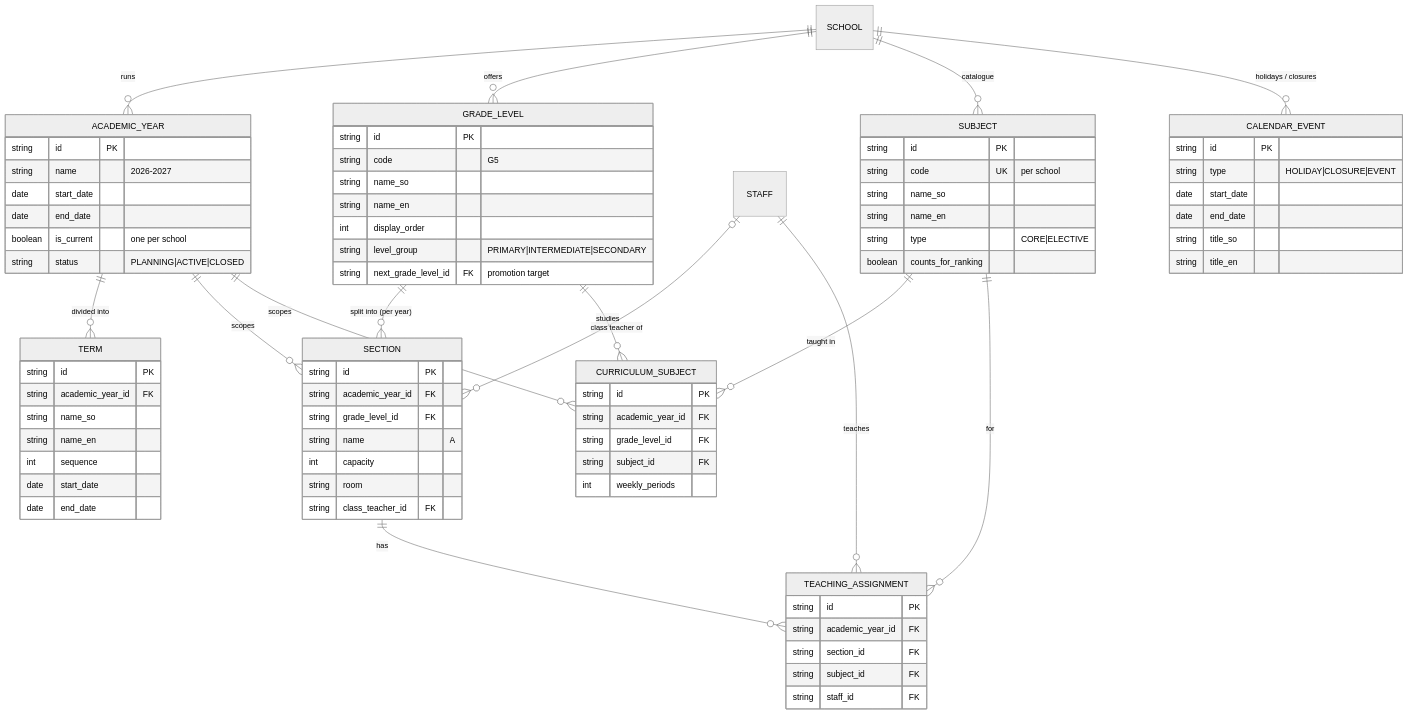
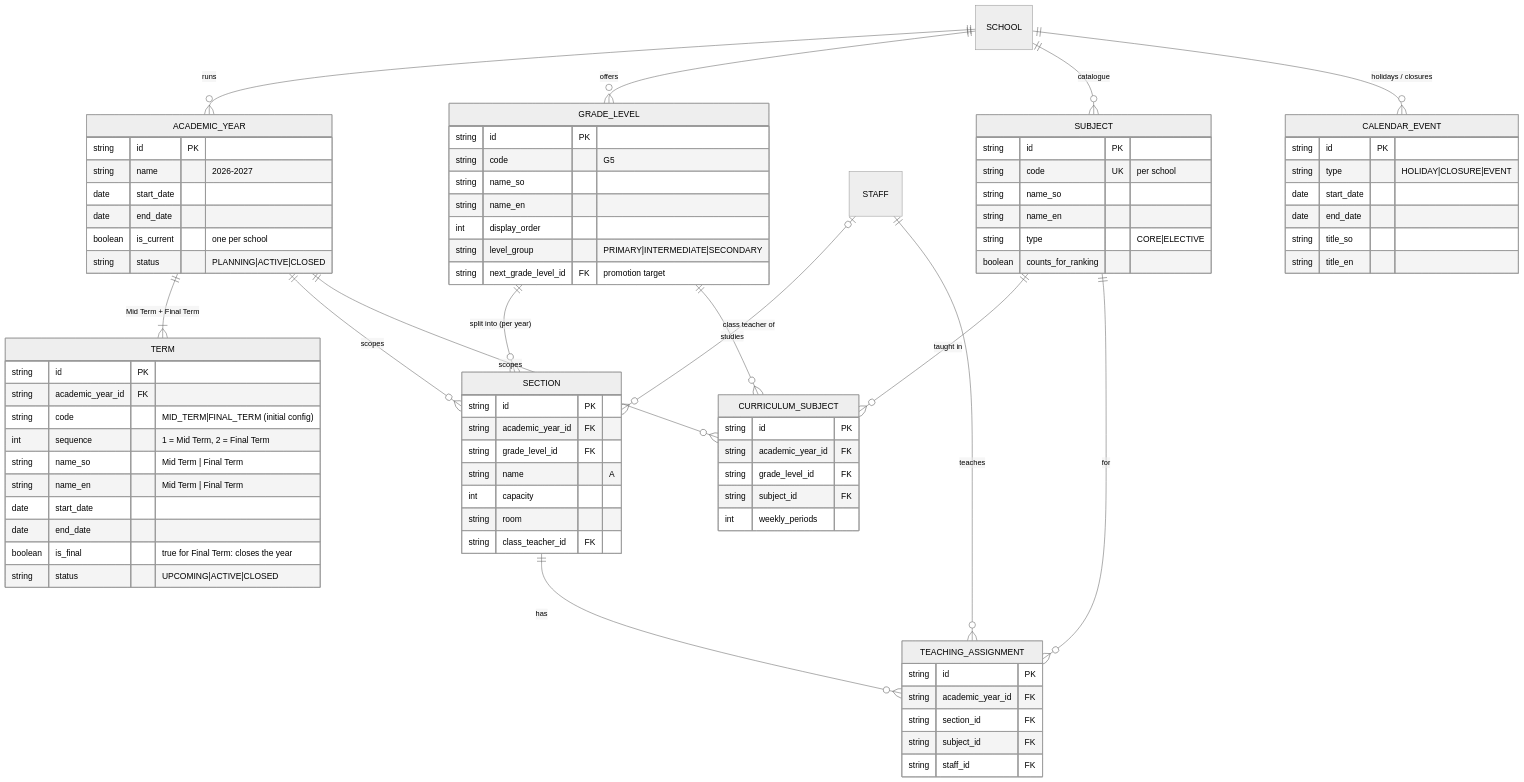
One commit to ismacil87/Gol-khatumo changed the third of 10 diagrams in docs/phase-1/03-database-erd.md. Above: the diagram before and after it, drawn with Mermaid (neutral theme). The commit also changed other lines of this file and 6 other files, not shown here.

First line of the commit message:
docs: correct academic structure to two terms (Mid Term, Final Term)

````diff
--- a/docs/phase-1/03-database-erd.md
+++ b/docs/phase-1/03-database-erd.md
@@ -135,7 +136,7 @@
 ```mermaid
 erDiagram
   SCHOOL ||--o{ ACADEMIC_YEAR : "runs"
-  ACADEMIC_YEAR ||--o{ TERM : "divided into"
+  ACADEMIC_YEAR ||--|{ TERM : "Mid Term + Final Term"
   SCHOOL ||--o{ GRADE_LEVEL : "offers"
   GRADE_LEVEL ||--o{ SECTION : "split into (per year)"
   ACADEMIC_YEAR ||--o{ SECTION : "scopes"
@@ -160,11 +161,14 @@
   TERM {
     string id PK
     string academic_year_id FK
-    string name_so
-    string name_en
-    int sequence
+    string code "MID_TERM|FINAL_TERM (initial config)"
+    int sequence "1 = Mid Term, 2 = Final Term"
+    string name_so "Mid Term | Final Term"
+    string name_en "Mid Term | Final Term"
     date start_date
     date end_date
+    boolean is_final "true for Final Term: closes the year"
+    string status "UPCOMING|ACTIVE|CLOSED"
   }
   GRADE_LEVEL {
     string id PK
````
